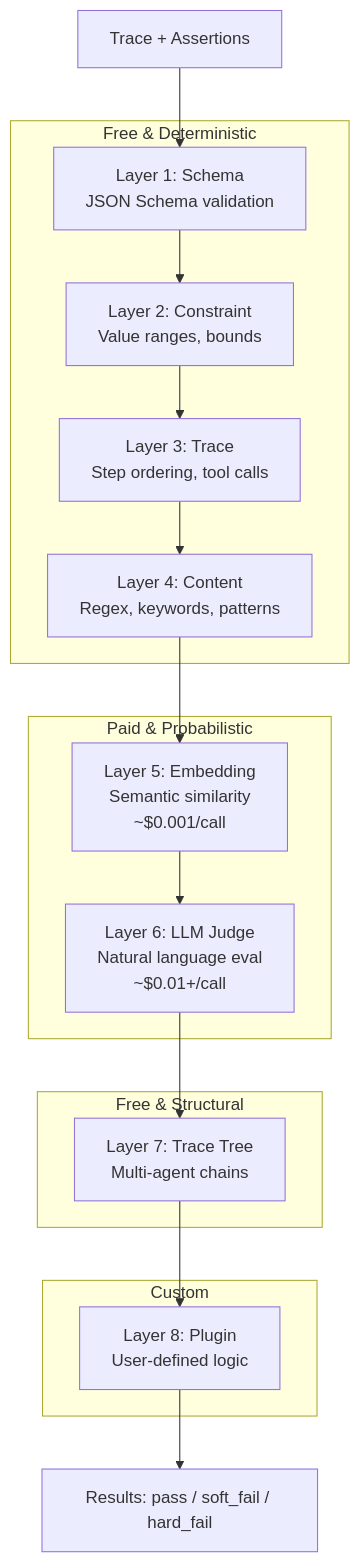
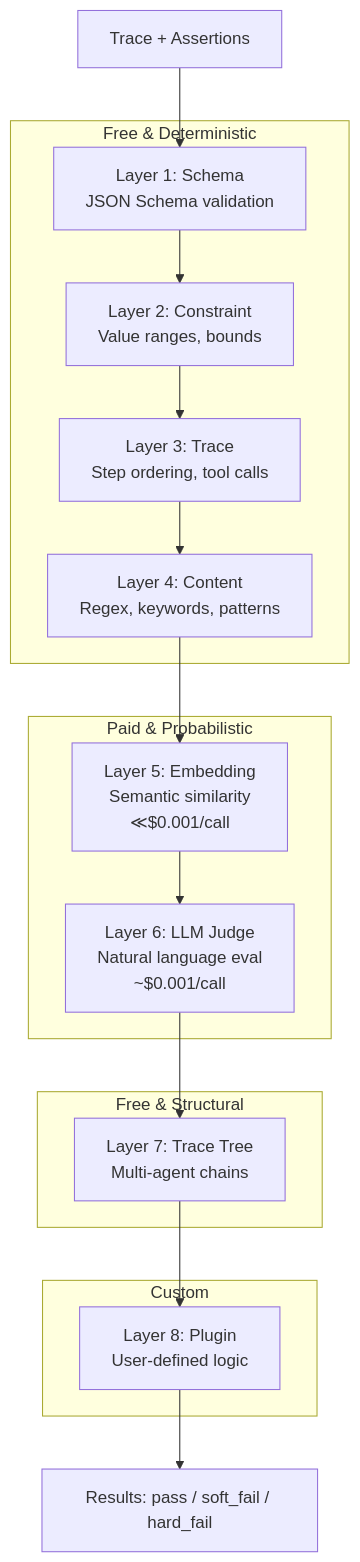
One commit to attest-framework/attest-website changed the first of 3 diagrams in src/content/docs/architecture/assertion-pipeline.mdx. Above: the diagram before and after it, drawn with Mermaid. The commit also changed 3 other files, not shown here.

````diff
--- a/src/content/docs/architecture/assertion-pipeline.mdx
+++ b/src/content/docs/architecture/assertion-pipeline.mdx
@@ -10,27 +10,27 @@
 ```mermaid
 flowchart TD
     INPUT["Trace + Assertions"] --> L1
 
     subgraph FREE["Free & Deterministic"]
         L1["Layer 1: Schema<br/>JSON Schema validation"]
         L2["Layer 2: Constraint<br/>Value ranges, bounds"]
         L3["Layer 3: Trace<br/>Step ordering, tool calls"]
         L4["Layer 4: Content<br/>Regex, keywords, patterns"]
     end
 
     subgraph PAID["Paid & Probabilistic"]
-        L5["Layer 5: Embedding<br/>Semantic similarity<br/>~$0.001/call"]
-        L6["Layer 6: LLM Judge<br/>Natural language eval<br/>~$0.01+/call"]
+        L5["Layer 5: Embedding<br/>Semantic similarity<br/>≪$0.001/call"]
+        L6["Layer 6: LLM Judge<br/>Natural language eval<br/>~$0.001/call"]
     end
 
     subgraph STRUCTURAL["Free & Structural"]
         L7["Layer 7: Trace Tree<br/>Multi-agent chains"]
     end
 
     subgraph CUSTOM["Custom"]
         L8["Layer 8: Plugin<br/>User-defined logic"]
     end
 
     L1 --> L2 --> L3 --> L4 --> L5 --> L6 --> L7 --> L8
     L8 --> RESULT["Results: pass / soft_fail / hard_fail"]
 ```
````
